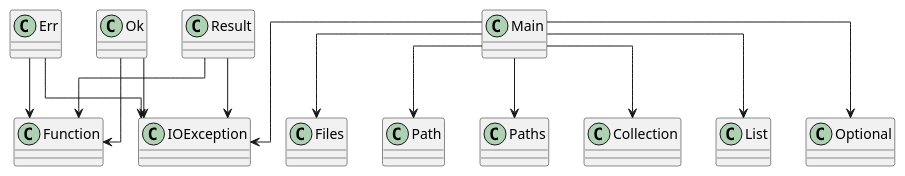
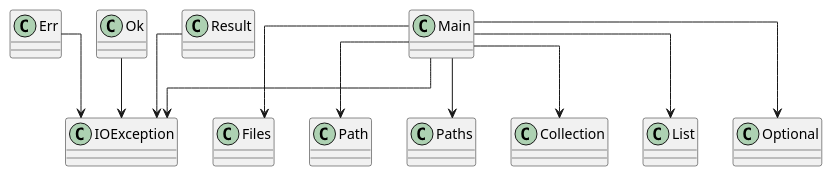
Before and after one commit to SirMathhman/Magma: the diagram in diagram.puml, drawn with PlantUML. The commit also changed 1 other file, not shown here.

```diff
--- a/diagram.puml
+++ b/diagram.puml
@@ -1,18 +1,15 @@
 @startuml
 skinparam linetype ortho
 class Main
 Err --> IOException
-Err --> Function
 Main --> IOException
 Main --> Files
 Main --> Path
 Main --> Paths
 Main --> Collection
 Main --> List
 Main --> Optional
 Ok --> IOException
-Ok --> Function
 Result --> IOException
-Result --> Function
 
 @enduml
```
